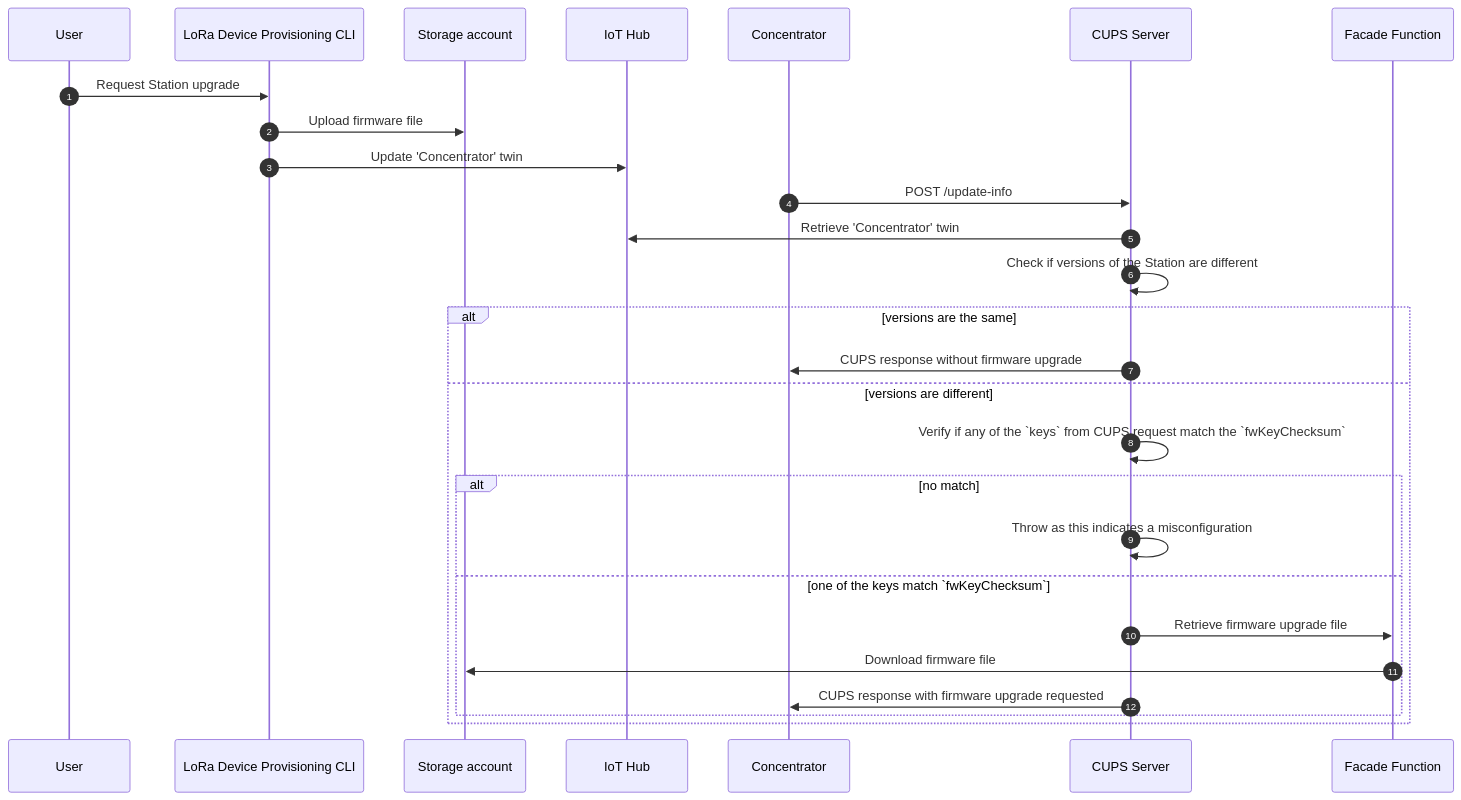
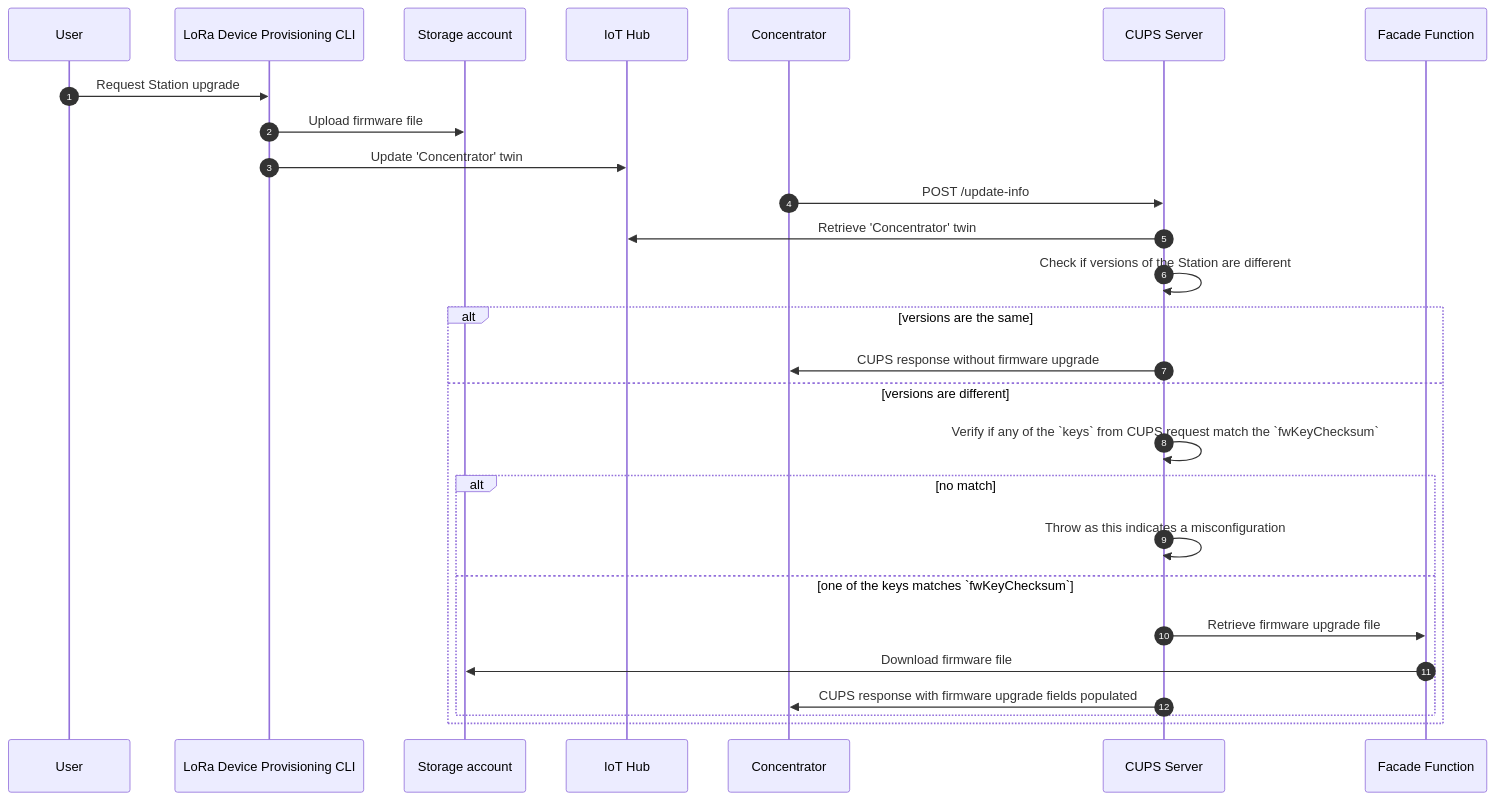
The diagram in docs/adr/007_cups_firmware_upgrade.md (Azure/iotedge-lorawan-starterkit), drawn with Mermaid before and after one commit. The commit also changed other lines of this file, not shown here.

````diff
--- a/docs/adr/007_cups_firmware_upgrade.md
+++ b/docs/adr/007_cups_firmware_upgrade.md
@@ -81,22 +78,22 @@
 ```mermaid
   sequenceDiagram
     autonumber
     User->>LoRa Device Provisioning CLI: Request Station upgrade
     LoRa Device Provisioning CLI->>Storage account: Upload firmware file
     LoRa Device Provisioning CLI->>IoT Hub: Update 'Concentrator' twin
     Concentrator->>CUPS Server: POST /update-info
     CUPS Server->>IoT Hub: Retrieve 'Concentrator' twin
     CUPS Server->>CUPS Server: Check if versions of the Station are different
     alt versions are the same
         CUPS Server->>Concentrator: CUPS response without firmware upgrade
     else versions are different
       CUPS Server->>CUPS Server: Verify if any of the `keys` from CUPS request match the `fwKeyChecksum`
       alt no match
         CUPS Server->>CUPS Server: Throw as this indicates a misconfiguration
-      else one of the keys match `fwKeyChecksum`
+      else one of the keys matches `fwKeyChecksum`
         CUPS Server->>Facade Function: Retrieve firmware upgrade file
         Facade Function->>Storage account: Download firmware file
-        CUPS Server->>Concentrator: CUPS response with firmware upgrade requested
+        CUPS Server->>Concentrator: CUPS response with firmware upgrade fields populated
       end
     end
 ```
````
